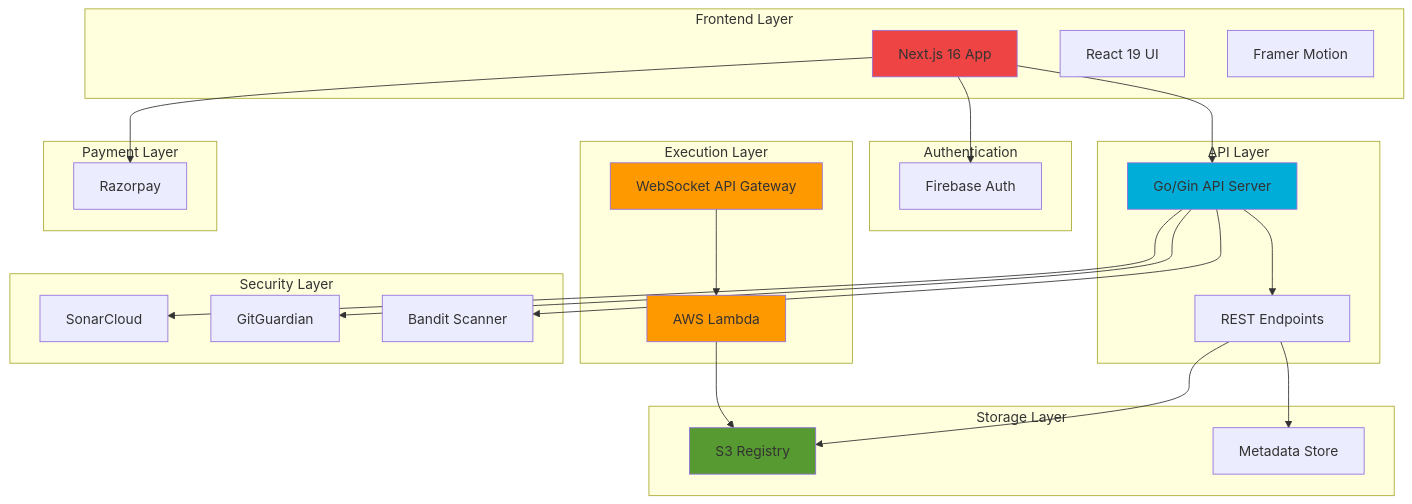
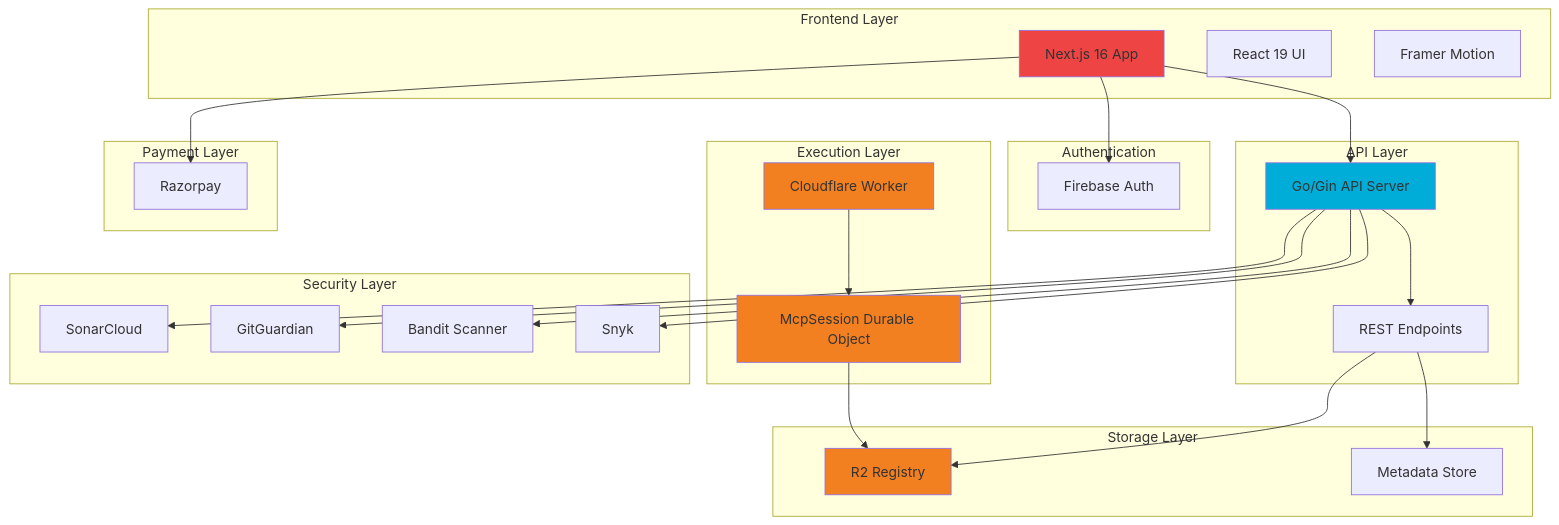
Before and after one commit to areebahmeddd/SuperBox-FE: the first of 6 diagrams in docs/architecture.mdx, drawn with Mermaid. The commit also changed other lines of this file and 43 other files, not shown here.

Commit message:
docs: remove aws docs and add cloudflare

````diff
--- a/docs/architecture.mdx
+++ b/docs/architecture.mdx
@@ -9,55 +9,57 @@
 ```mermaid
 graph TB
-    subgraph "Frontend Layer"
-        A[Next.js 16 App]
-        B[React 19 UI]
-        C[Framer Motion]
-    end
+ subgraph "Frontend Layer"
+  A[Next.js 16 App]
+  B[React 19 UI]
+  C[Framer Motion]
+ end
 
-    subgraph "Authentication"
-        D[Firebase Auth]
-    end
+ subgraph "Authentication"
+  D[Firebase Auth]
+ end
 
-    subgraph "API Layer"
-        E[Go/Gin API Server]
-        F[REST Endpoints]
-    end
+ subgraph "API Layer"
+  E[Go/Gin API Server]
+  F[REST Endpoints]
+ end
 
-    subgraph "Storage Layer"
-        G[S3 Registry]
-        H[Metadata Store]
-    end
+ subgraph "Storage Layer"
+  G[R2 Registry]
+  H[Metadata Store]
+ end
 
-    subgraph "Execution Layer"
-        I[WebSocket API Gateway]
-        J[AWS Lambda]
-    end
+ subgraph "Execution Layer"
+  I[Cloudflare Worker]
+  J[McpSession Durable Object]
+ end
 
-    subgraph "Security Layer"
-        K[SonarCloud]
-        L[GitGuardian]
-        M[Bandit Scanner]
-    end
+ subgraph "Security Layer"
+  K[SonarCloud]
+  L[GitGuardian]
+  M[Bandit Scanner]
+  N[Snyk]
+ end
 
-    subgraph "Payment Layer"
-        N[Razorpay]
-    end
+ subgraph "Payment Layer"
+  O[Razorpay]
+ end
 
-    A --> D
-    A --> E
-    E --> F
-    F --> G
-    F --> H
-    I --> J
-    J --> G
-    E --> K
-    E --> L
-    E --> M
-    A --> N
+ A --> D
+ A --> E
+ E --> F
+ F --> G
+ F --> H
+ I --> J
+ J --> G
+ E --> K
+ E --> L
+ E --> M
+ E --> N
+ A --> O
 
-    style A fill:#ef4444
-    style E fill:#00ADD8
-    style I fill:#FF9900
-    style J fill:#FF9900
-    style G fill:#569A31
+ style A fill:#ef4444
+ style E fill:#00ADD8
+ style I fill:#F38020
+ style J fill:#F38020
+ style G fill:#F38020
 ```
````
